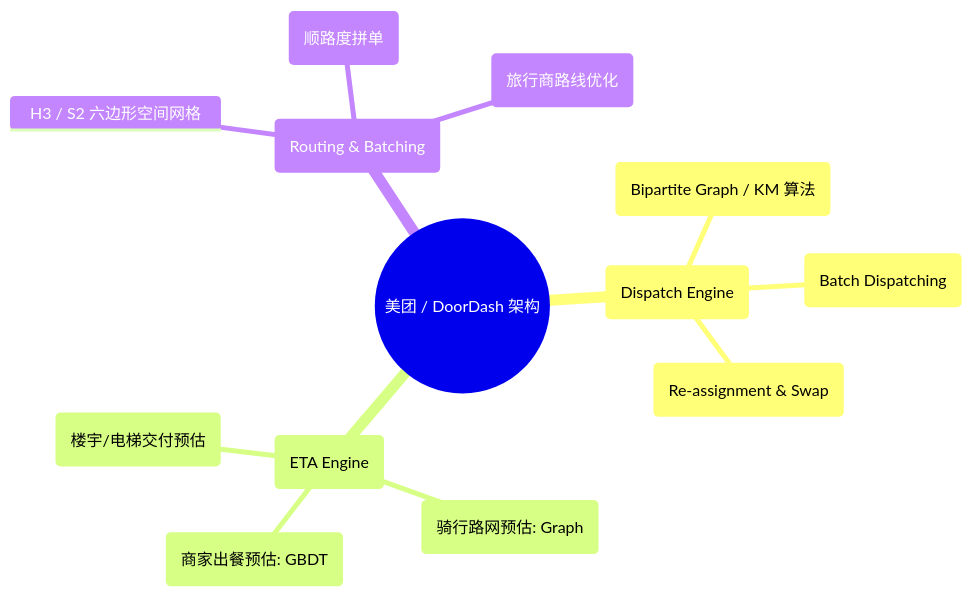
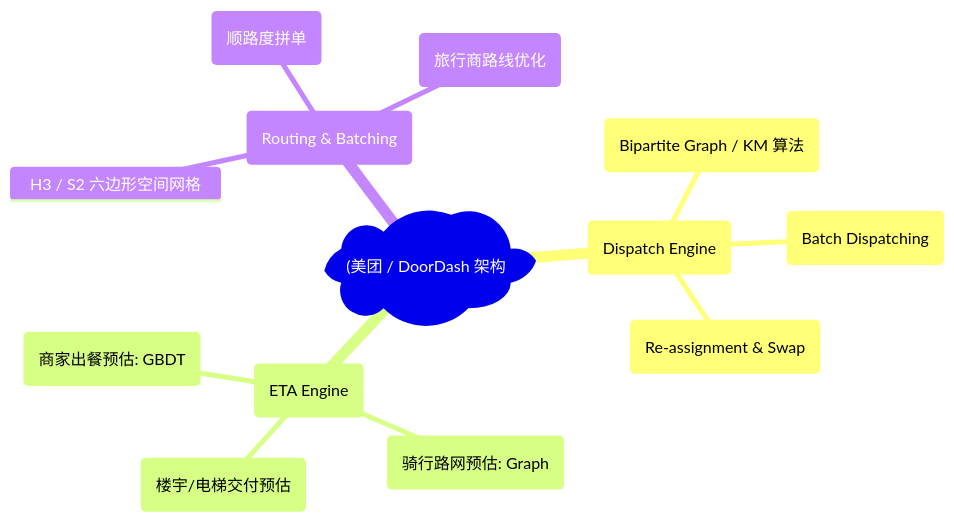
Before and after one commit to koosai/AI-Architect-Learning: the second of 6 diagrams in docs/atlas/meituan-doordash.mdx, drawn with Mermaid. The commit also changed 187 other files, not shown here.

Commit message:
fix(mermaid): fix all unquoted parens and edge label syntax errors across all docs

````diff
--- a/docs/atlas/meituan-doordash.mdx
+++ b/docs/atlas/meituan-doordash.mdx
@@ -83,16 +83,16 @@
 ```mermaid
 mindmap
-  root((美团 / DoorDash 架构))
+  root("(美团 / DoorDash 架构"))
     实时派单撮合 (Dispatch Engine)
       二部图匹配 (Bipartite Graph / KM 算法)
       按 30 秒批次全局撮合 (Batch Dispatching)
       重新派单与转单 (Re-assignment & Swap)
     ETA 预估送达时间 (ETA Engine)
       Prep Time (商家出餐预估: GBDT)
       Transit Time (骑行路网预估: Graph)
       Last-meter Time (楼宇/电梯交付预估)
     拼单与路线规划 (Routing & Batching)
       H3 / S2 六边形空间网格
       Dynamic Order Batching (顺路度拼单)
       Dynamic TSP (旅行商路线优化)
 ```
````
